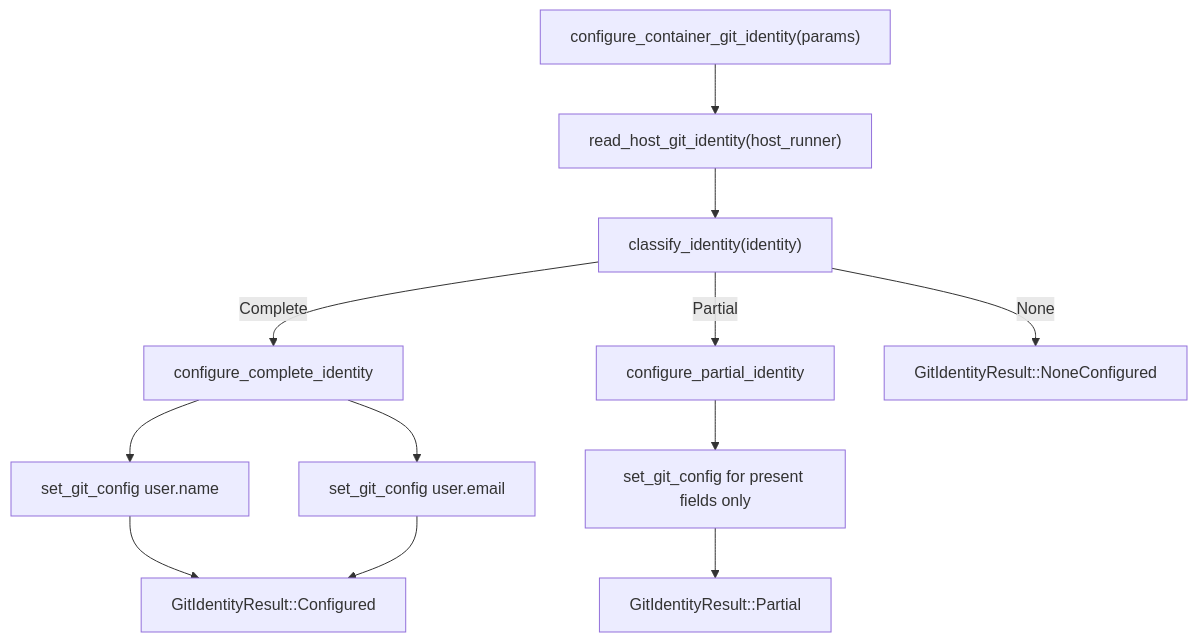
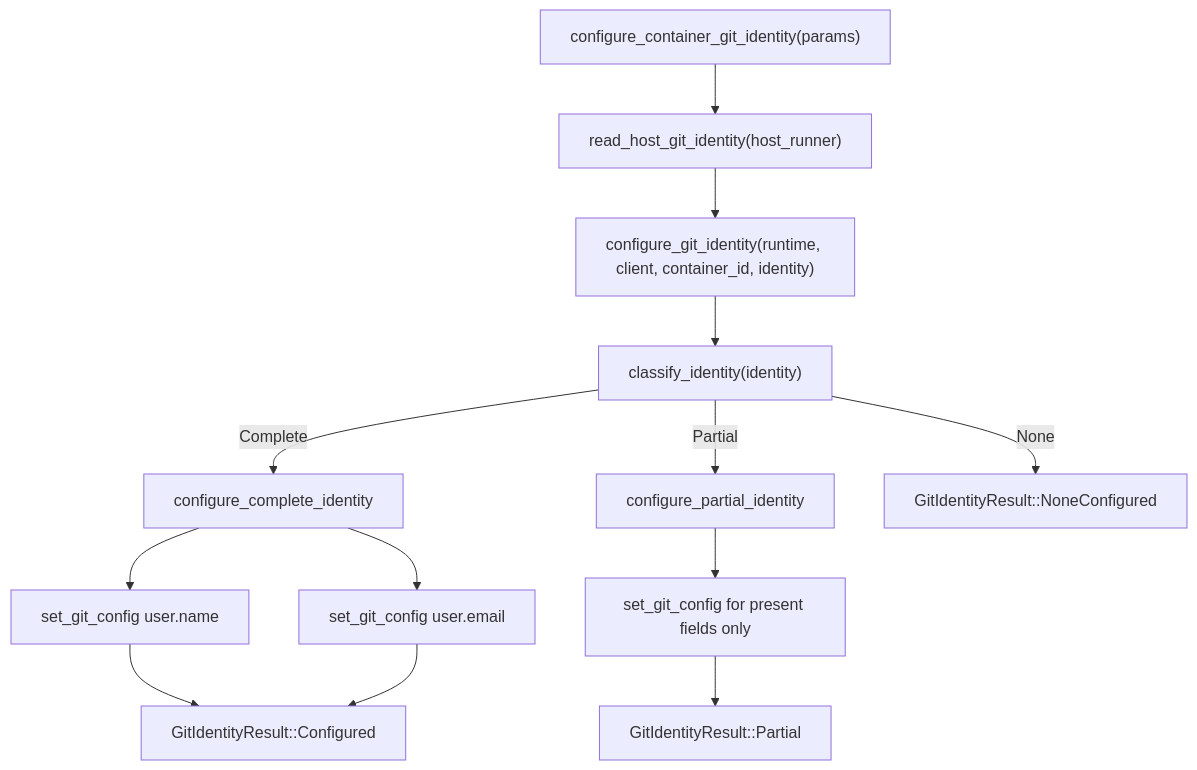
Before and after one commit to leynos/podbot: the second of 2 diagrams in docs/developers-guide.md, drawn with Mermaid. The commit also changed other lines of this file and 1 other file, not shown here.

First line of the commit message:
Mark Step 4.1 Git identity complete; update docs (#81)

````diff
--- a/docs/developers-guide.md
+++ b/docs/developers-guide.md
@@ -512,13 +555,14 @@
 ```mermaid
 flowchart TD
     A["configure_container_git_identity(params)"] --> B["read_host_git_identity(host_runner)"]
-    B --> C["classify_identity(identity)"]
-    C -->|Complete| D["configure_complete_identity"]
-    C -->|Partial| E["configure_partial_identity"]
-    C -->|None| F["GitIdentityResult::NoneConfigured"]
-    D --> G["set_git_config user.name"]
-    D --> H["set_git_config user.email"]
-    E --> I["set_git_config for present fields only"]
-    G & H --> J["GitIdentityResult::Configured"]
-    I --> K["GitIdentityResult::Partial"]
+    B --> C["configure_git_identity(runtime, client, container_id, identity)"]
+    C --> D["classify_identity(identity)"]
+    D -->|Complete| E["configure_complete_identity"]
+    D -->|Partial| F["configure_partial_identity"]
+    D -->|None| G["GitIdentityResult::NoneConfigured"]
+    E --> H["set_git_config user.name"]
+    E --> I["set_git_config user.email"]
+    F --> J["set_git_config for present fields only"]
+    H & I --> K["GitIdentityResult::Configured"]
+    J --> L["GitIdentityResult::Partial"]
 ```
````
